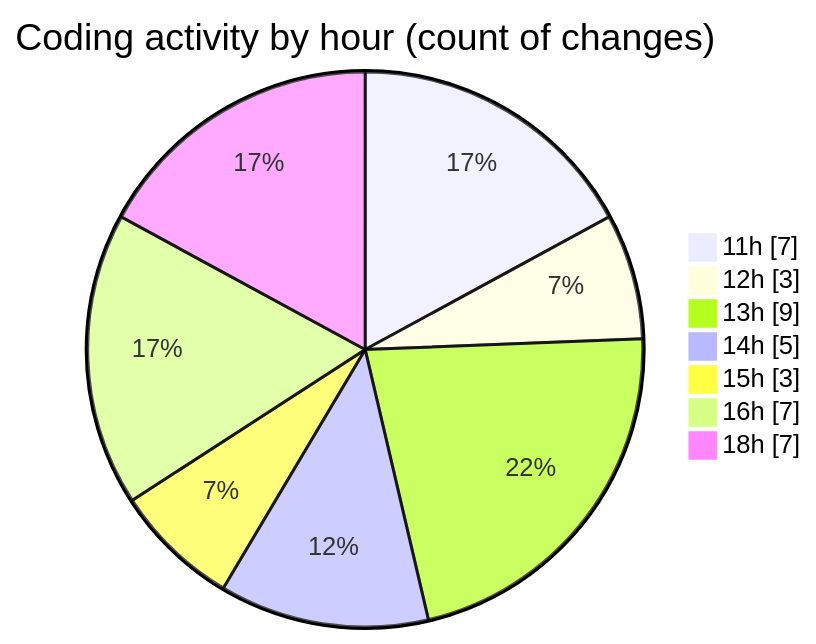
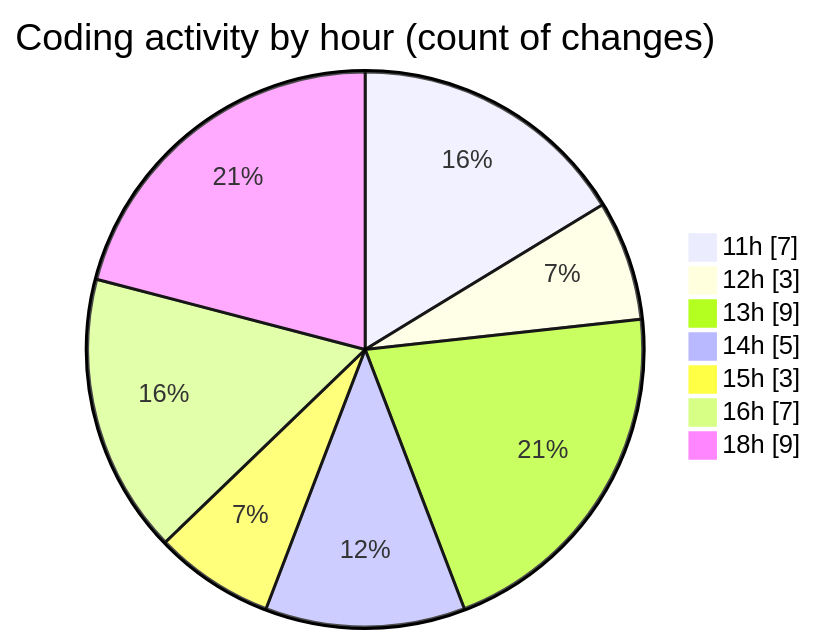
The second of 2 diagrams in 2025-10-20/usr_aleoudev_fr__workspace_/README.md (julien-gomy/code-tracking), drawn with Mermaid before and after one commit. The commit also changed other lines of this file and 1 other file, not shown here.

````diff
--- a/2025-10-20/usr_aleoudev_fr__workspace_/README.md
+++ b/2025-10-20/usr_aleoudev_fr__workspace_/README.md
@@ -34,11 +34,11 @@
 ```mermaid
 pie showData
 title Coding activity by hour (count of changes)
 "11h" : 7
 "12h" : 3
 "13h" : 9
 "14h" : 5
 "15h" : 3
 "16h" : 7
-"18h" : 7
+"18h" : 9
 ```
````
